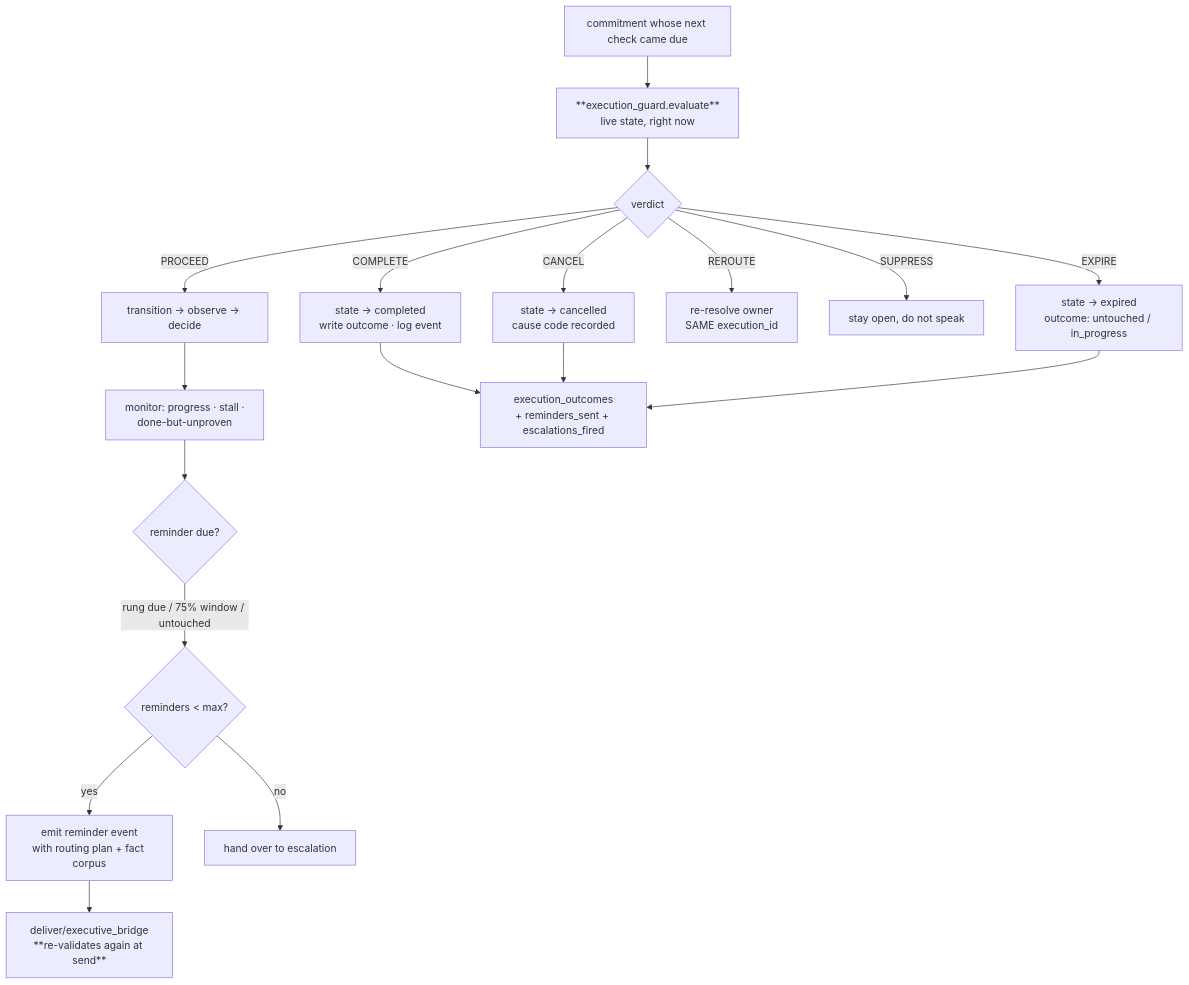
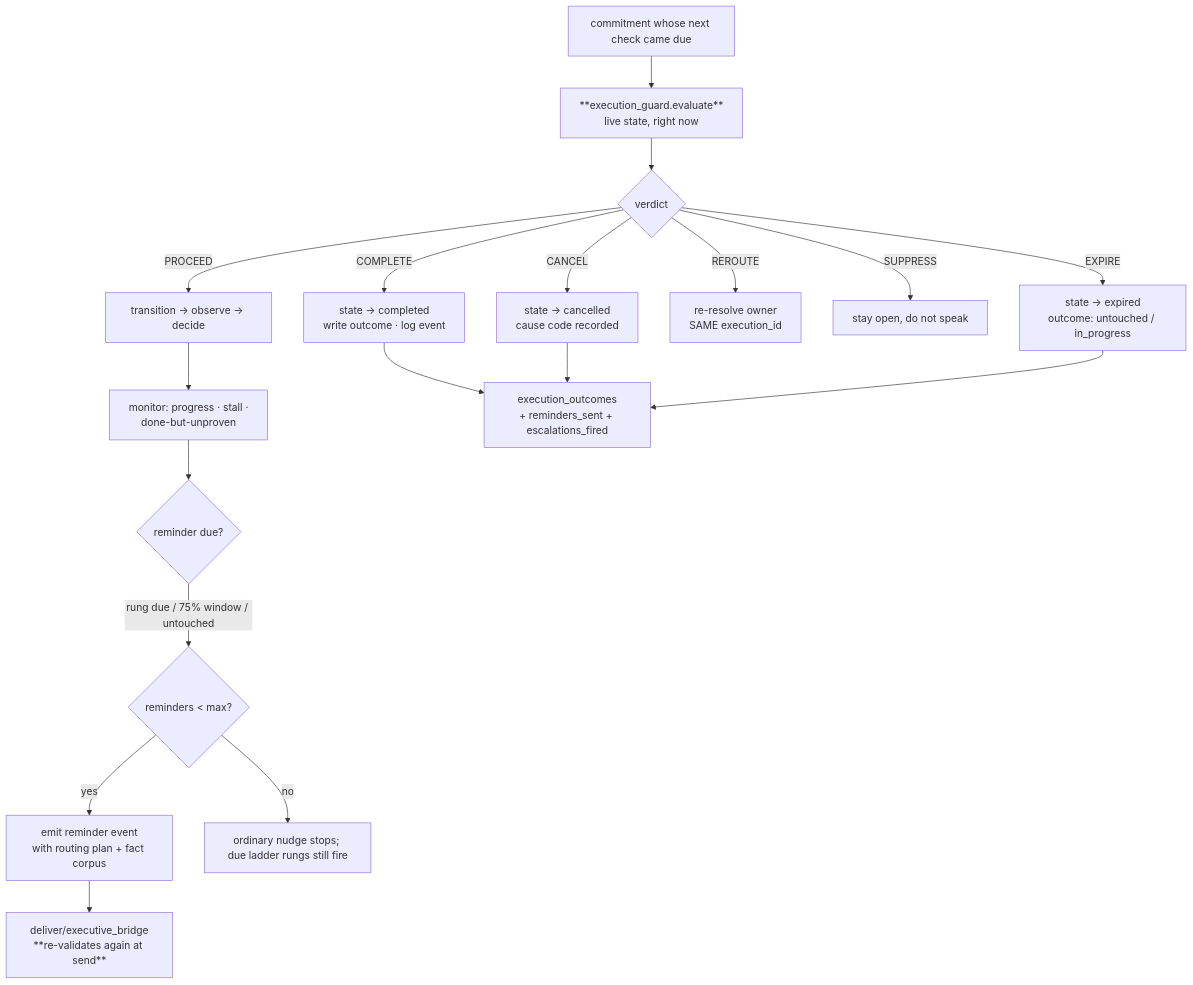
The third of 4 diagrams in System Design/Layer-5-Executive-Engine/00-Overview.md (themoronss/genios-brain), drawn with Mermaid before and after one commit. The commit also changed other lines of this file and 88 other files, not shown here.

````diff
--- a/System Design/Layer-5-Executive-Engine/00-Overview.md
+++ b/System Design/Layer-5-Executive-Engine/00-Overview.md
@@ -164,20 +154,20 @@
 ```mermaid
 flowchart TD
     A["commitment whose next check came due"] --> G["**execution_guard.evaluate**<br/>live state, right now"]
     G --> V{verdict}
     V -- COMPLETE --> C1["state → completed<br/>write outcome · log event"]
     V -- CANCEL --> C2["state → cancelled<br/>cause code recorded"]
     V -- EXPIRE --> C3["state → expired<br/>outcome: untouched / in_progress"]
     V -- REROUTE --> C4["re-resolve owner<br/>SAME execution_id"]
     V -- SUPPRESS --> C5["stay open, do not speak"]
     V -- PROCEED --> T["transition → observe → decide"]
     T --> M["monitor: progress · stall ·<br/>done-but-unproven"]
     M --> R{"reminder due?"}
     R -- "rung due / 75% window / untouched" --> R2{"reminders < max?"}
     R2 -- yes --> SP["emit reminder event<br/>with routing plan + fact corpus"]
-    R2 -- no --> ES["hand over to escalation"]
+    R2 -- no --> ES["ordinary nudge stops; due ladder rungs still fire"]
     SP --> BR["deliver/executive_bridge<br/>**re-validates again at send**"]
     C1 --> OUT["execution_outcomes<br/>+ reminders_sent + escalations_fired"]
     C2 --> OUT
     C3 --> OUT
 ```
````
